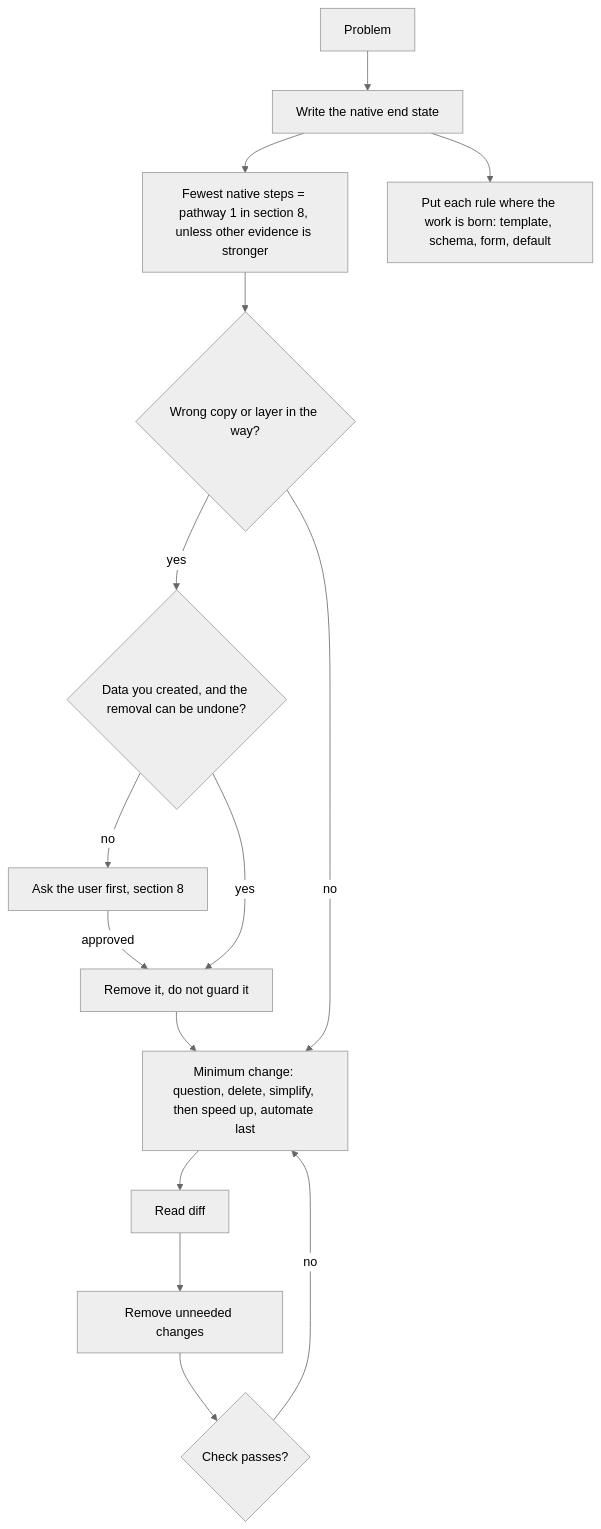
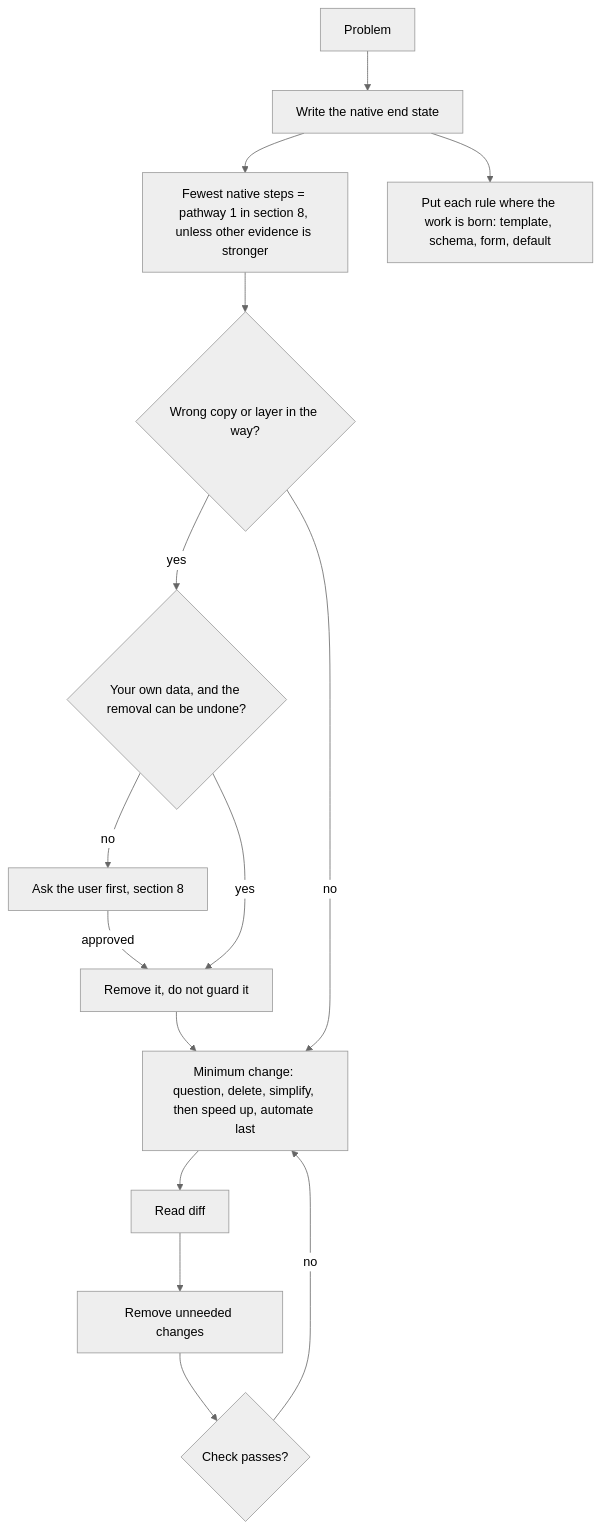
Before and after one commit to SolenixAI/arbiter: the tenth of 14 diagrams in AGENTS.md, drawn with Mermaid (neutral theme). The commit also changed other lines of this file, not shown here.

````diff
--- a/AGENTS.md
+++ b/AGENTS.md
@@ -363,11 +363,11 @@
 ```mermaid
 flowchart TD
   P[Problem] --> E[Write the native end state] --> N[Fewest native steps = pathway 1 in section 8, unless other evidence is stronger]
   N --> W{Wrong copy or layer in the way?}
-  W -->|yes| O{Data you created, and the removal can be undone?}
+  W -->|yes| O{Your own data, and the removal can be undone?}
   E --> RB[Put each rule where the work is born: template, schema, form, default]
   O -->|no| AS[Ask the user first, section 8] -->|approved| X
   O -->|yes| X[Remove it, do not guard it] --> M
   W -->|no| M[Minimum change: question, delete, simplify, then speed up, automate last] --> D[Read diff] --> R[Remove unneeded changes] --> C{Check passes?}
   C -->|no| M
 ```
````
